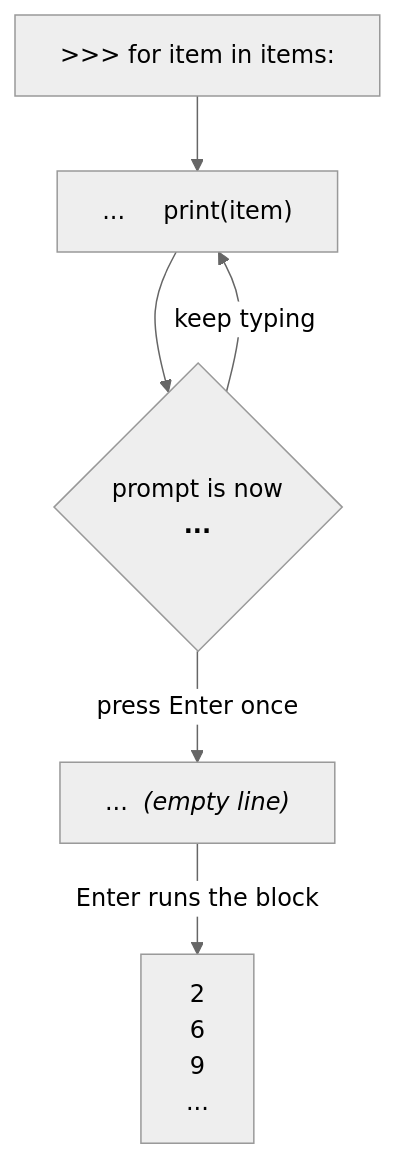
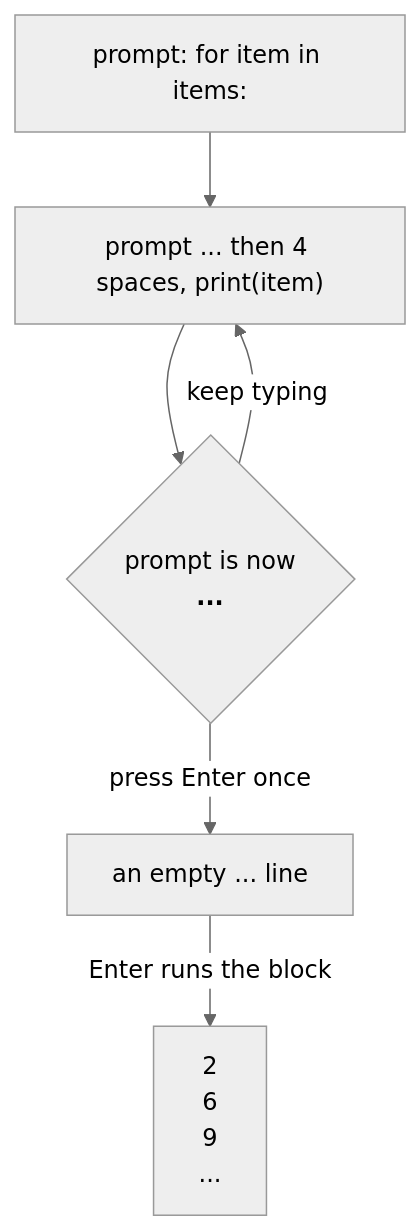
One commit to vasa-hadzheha/Python-basics changed the second of 2 diagrams in SETUP.md. Above: the diagram before and after it, drawn with Mermaid (neutral theme). The commit also changed other lines of this file and 9 other files, not shown here.

````diff
--- a/SETUP.md
+++ b/SETUP.md
@@ -225,8 +231,8 @@
 ```mermaid
 flowchart TD
-    A[">>> for item in items:"] --> B["... &nbsp;&nbsp;&nbsp;&nbsp;print(item)"]
+    A["prompt: for item in items:"] --> B["prompt ... then 4 spaces, print(item)"]
     B --> C{"prompt is now<br/><b>...</b>"}
-    C -->|"press Enter once"| D["... &nbsp;<i>(empty line)</i>"]
+    C -->|"press Enter once"| D["an empty ... line"]
     D -->|"Enter runs the block"| E["2<br/>6<br/>9<br/>..."]
     C -->|"keep typing"| B
 ```
````
